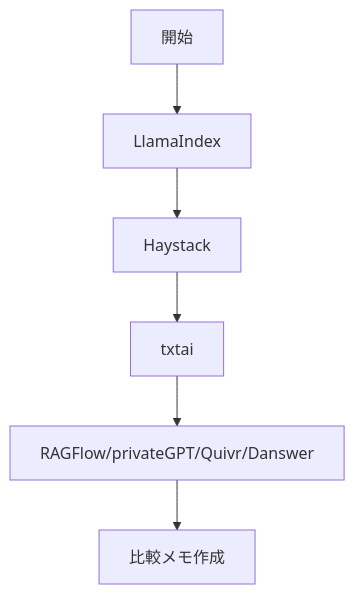
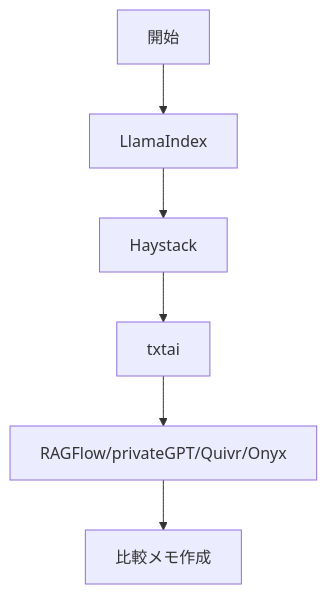
The second of 2 diagrams in docs/02-rag/00-README.md (duwenji/generative-ai-oss-tutorials), drawn with Mermaid before and after one commit. The commit also changed other lines of this file and 54 other files, not shown here.

````diff
--- a/docs/02-rag/00-README.md
+++ b/docs/02-rag/00-README.md
@@ -26,8 +19,8 @@
 ```mermaid
 flowchart TD
   S[開始] --> L[LlamaIndex]
   L --> H[Haystack]
   H --> T[txtai]
-  T --> O[RAGFlow/privateGPT/Quivr/Danswer]
+  T --> O[RAGFlow/privateGPT/Quivr/Onyx]
   O --> X[比較メモ作成]
 ```
````
